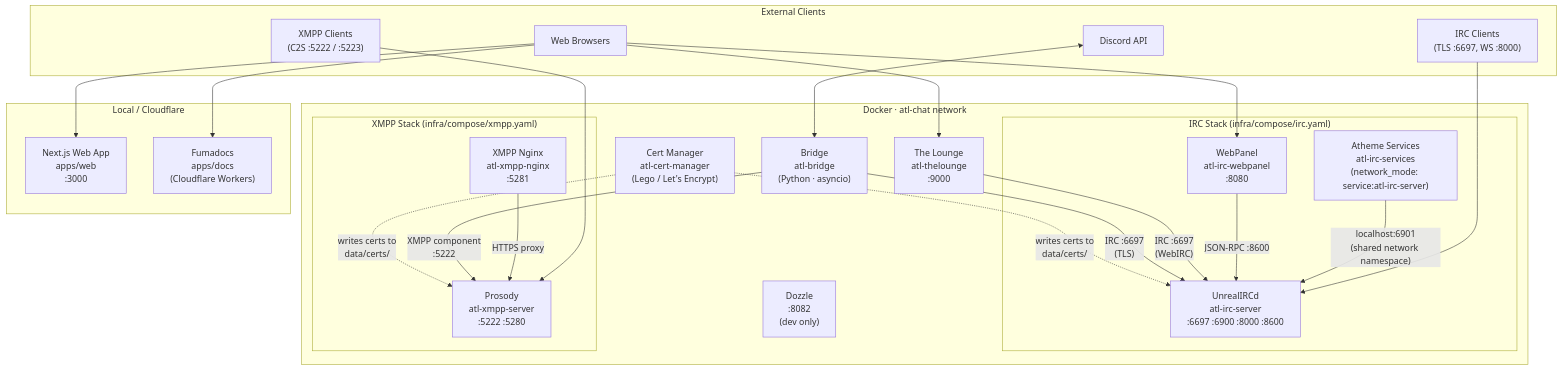
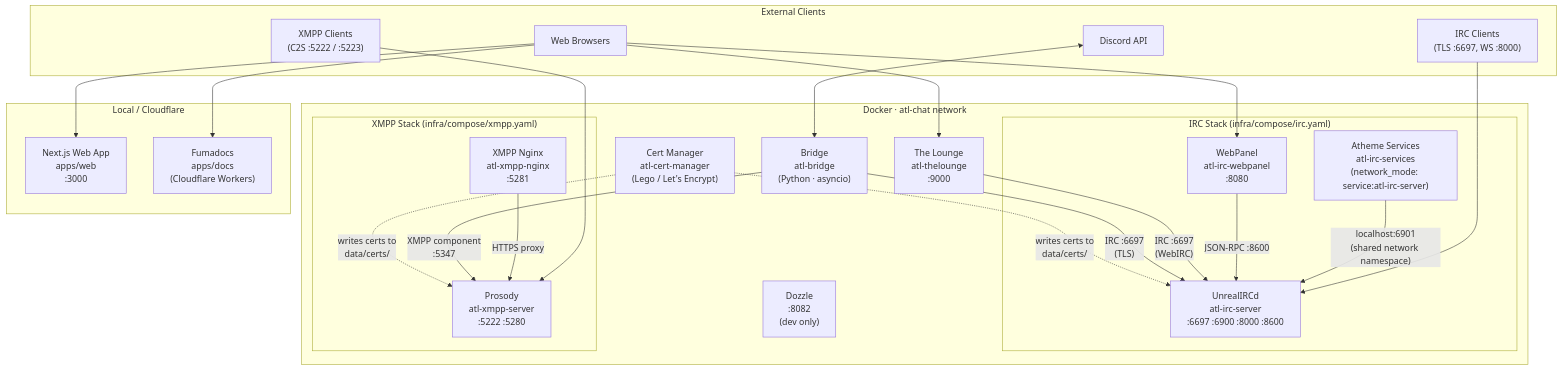
The first of 2 diagrams in apps/docs/content/docs/architecture/index.mdx (allthingslinux/atl.chat), drawn with Mermaid before and after one commit. The commit also changed 2 other files, not shown here.

Commit message:
docs(architecture): update XMPP component port in architecture diagram
Change the XMPP component port from 5222 to 5347 in the architecture
diagram to reflect the correct configuration.

docs(environment-variables): add new logging and relay/media variables

Introduce `LOG_MAX_SIZE` and `LOG_MAX_FILES` for log rotation
configuration, enhancing log management. Add `ATHEME_SRA_BOOTSTRAP_ACCOUNT`
for initial SRA setup. Include `BRIDGE_IRC_TLS_VERIFY` for TLS
certificate verification settings. Add relay and media variables
`BRIDGE_RELAYMSG_CLEAN_NICKS`, `XMPP_AVATAR_BASE_URL`, and
`XMPP_UPLOAD_FETCH_URL` to improve configuration flexibility.

docs(bridge/configuration): update Portal base URL

Change `BRIDGE_PORTAL_BASE_URL` to use the new domain
`https://portal.atl.tools` for consistency with updated service
endpoints.

````diff
--- a/apps/docs/content/docs/architecture/index.mdx
+++ b/apps/docs/content/docs/architecture/index.mdx
@@ -12,53 +12,53 @@
 ```mermaid
 graph TB
   subgraph External["External Clients"]
     IRCClient["IRC Clients\n(TLS :6697, WS :8000)"]
     XMPPClient["XMPP Clients\n(C2S :5222 / :5223)"]
     DiscordAPI["Discord API"]
     Browser["Web Browsers"]
   end
 
   subgraph Docker["Docker · atl-chat network"]
     subgraph IRCStack["IRC Stack (infra/compose/irc.yaml)"]
       UnrealIRCd["UnrealIRCd\natl-irc-server\n:6697 :6900 :8000 :8600"]
       Atheme["Atheme Services\natl-irc-services\n(network_mode: service:atl-irc-server)"]
       WebPanel["WebPanel\natl-irc-webpanel\n:8080"]
     end
 
     subgraph XMPPStack["XMPP Stack (infra/compose/xmpp.yaml)"]
       Prosody["Prosody\natl-xmpp-server\n:5222 :5280"]
       XMPPNginx["XMPP Nginx\natl-xmpp-nginx\n:5281"]
     end
 
     Bridge["Bridge\natl-bridge\n(Python · asyncio)"]
     TheLounge["The Lounge\natl-thelounge\n:9000"]
     CertManager["Cert Manager\natl-cert-manager\n(Lego / Let's Encrypt)"]
     Dozzle["Dozzle\n:8082\n(dev only)"]
   end
 
   subgraph Local["Local / Cloudflare"]
     WebApp["Next.js Web App\napps/web\n:3000"]
     Docs["Fumadocs\napps/docs\n(Cloudflare Workers)"]
   end
 
   IRCClient --> UnrealIRCd
   Atheme -- "localhost:6901\n(shared network namespace)" --> UnrealIRCd
   WebPanel -- "JSON-RPC :8600" --> UnrealIRCd
   TheLounge -- "IRC :6697\n(WebIRC)" --> UnrealIRCd
 
   XMPPClient --> Prosody
   XMPPNginx -- "HTTPS proxy" --> Prosody
 
   DiscordAPI <--> Bridge
   Bridge -- "IRC :6697\n(TLS)" --> UnrealIRCd
-  Bridge -- "XMPP component\n:5222" --> Prosody
+  Bridge -- "XMPP component\n:5347" --> Prosody
 
   Browser --> WebApp
   Browser --> TheLounge
   Browser --> WebPanel
   Browser --> Docs
 
   CertManager -. "writes certs to\ndata/certs/" .-> UnrealIRCd
   CertManager -. "writes certs to\ndata/certs/" .-> Prosody
 
 ```
````
